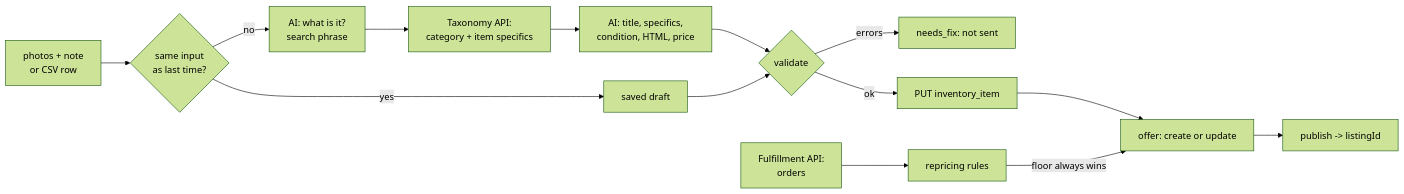
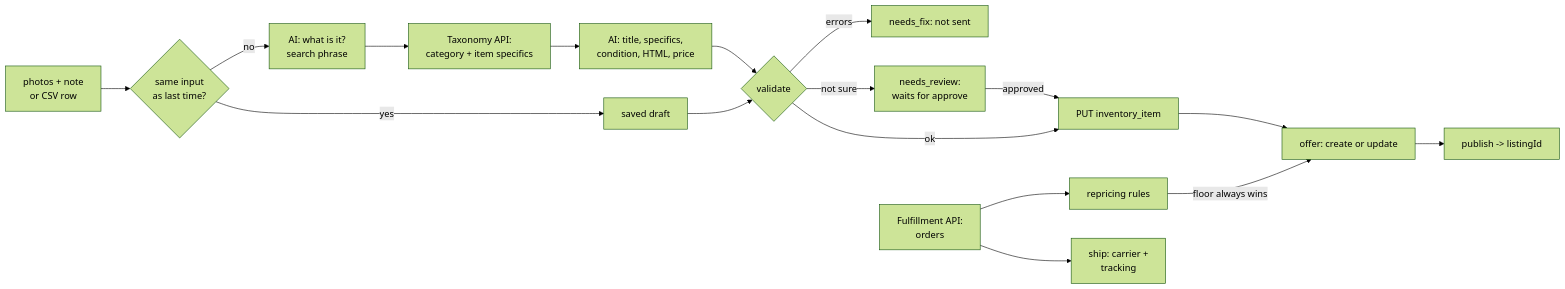
One commit to ParishSynthMind/ebay-ai-listing-agent changed the diagram in README.md. Above: the diagram before and after it, drawn with Mermaid (forest theme). The commit also changed other lines of this file and 22 other files, not shown here.

First line of the commit message:
Policy wording checks, review hold, mark shipped with tracking, guarded production switch

````diff
--- a/README.md
+++ b/README.md
@@ -33,16 +35,19 @@
 ```mermaid
 flowchart LR
     R[photos + note<br/>or CSV row] --> H{same input<br/>as last time?}
     H -->|yes| S[saved draft]
     H -->|no| I[AI: what is it?<br/>search phrase]
     I --> T[Taxonomy API:<br/>category + item specifics]
     T --> D[AI: title, specifics,<br/>condition, HTML, price]
     D --> V{validate}
     S --> V
     V -->|errors| X[needs_fix: not sent]
+    V -->|not sure| RV[needs_review:<br/>waits for approve]
+    RV -->|approved| P
     V -->|ok| P[PUT inventory_item]
     P --> O[offer: create or update]
     O --> L[publish -> listingId]
     F[Fulfillment API:<br/>orders] --> RP[repricing rules]
     RP -->|floor always wins| O
+    F --> SH[ship: carrier +<br/>tracking]
 ```
````
